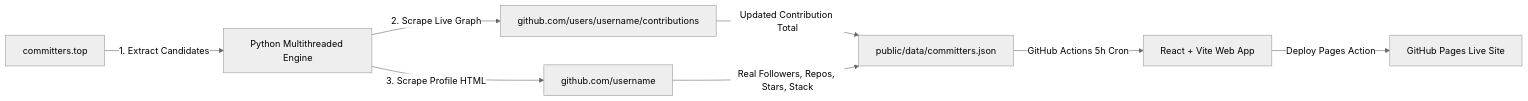
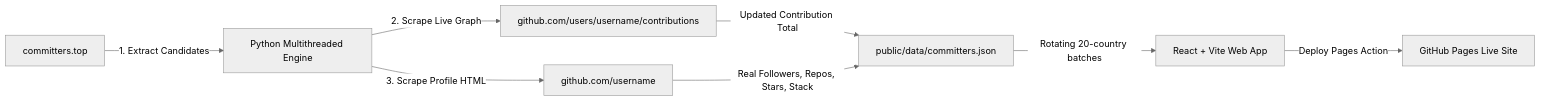
One commit to DevCop95/gitrank changed the diagram in README.md. Above: the diagram before and after it, drawn with Mermaid (neutral theme). The commit also changed other lines of this file and 4 other files, not shown here.

First line of the commit message:
fix(scraper): rotate country sync batches

````diff
--- a/README.md
+++ b/README.md
@@ -40,10 +40,10 @@
 ```mermaid
 graph LR
     A[committers.top] -->|1. Extract Candidates| B[Python Multithreaded Engine]
     B -->|2. Scrape Live Graph| C[github.com/users/username/contributions]
     B -->|3. Scrape Profile HTML| D[github.com/username]
     C -->|Updated Contribution Total| E[public/data/committers.json]
     D -->|Real Followers, Repos, Stars, Stack| E
-    E -->|GitHub Actions 5h Cron| F[React + Vite Web App]
+    E -->|Rotating 20-country batches| F[React + Vite Web App]
     F -->|Deploy Pages Action| G[GitHub Pages Live Site]
 ```
````
